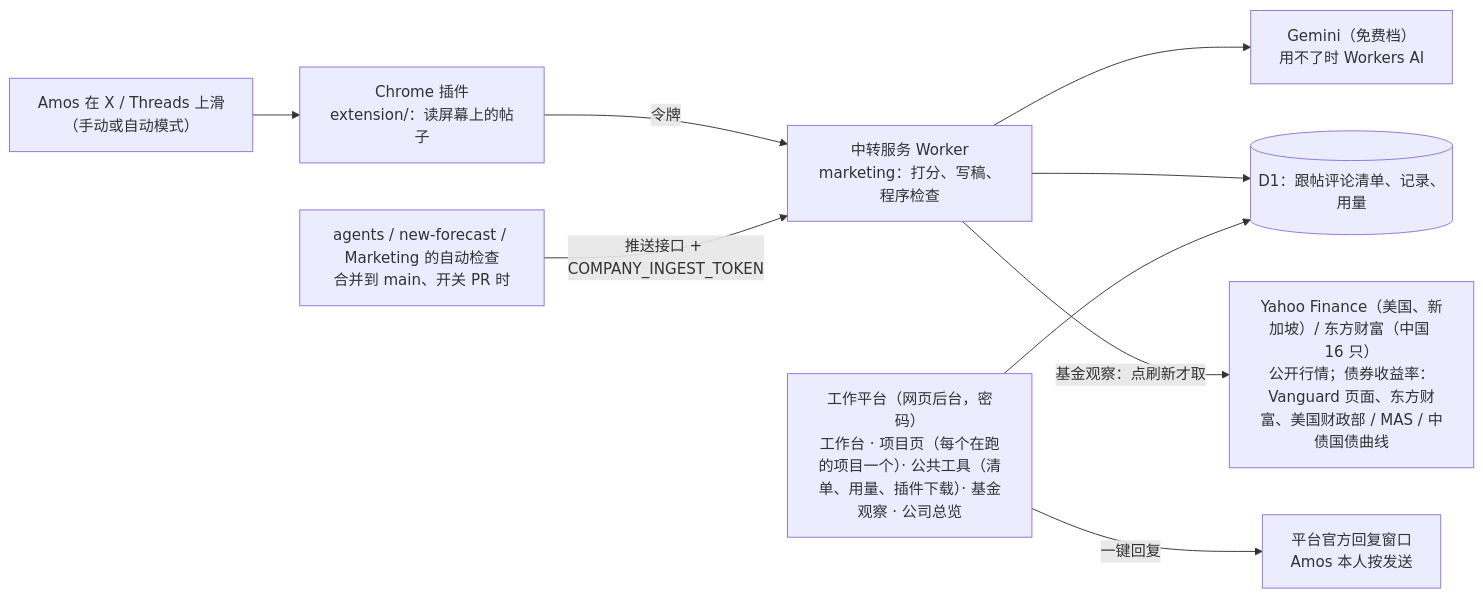
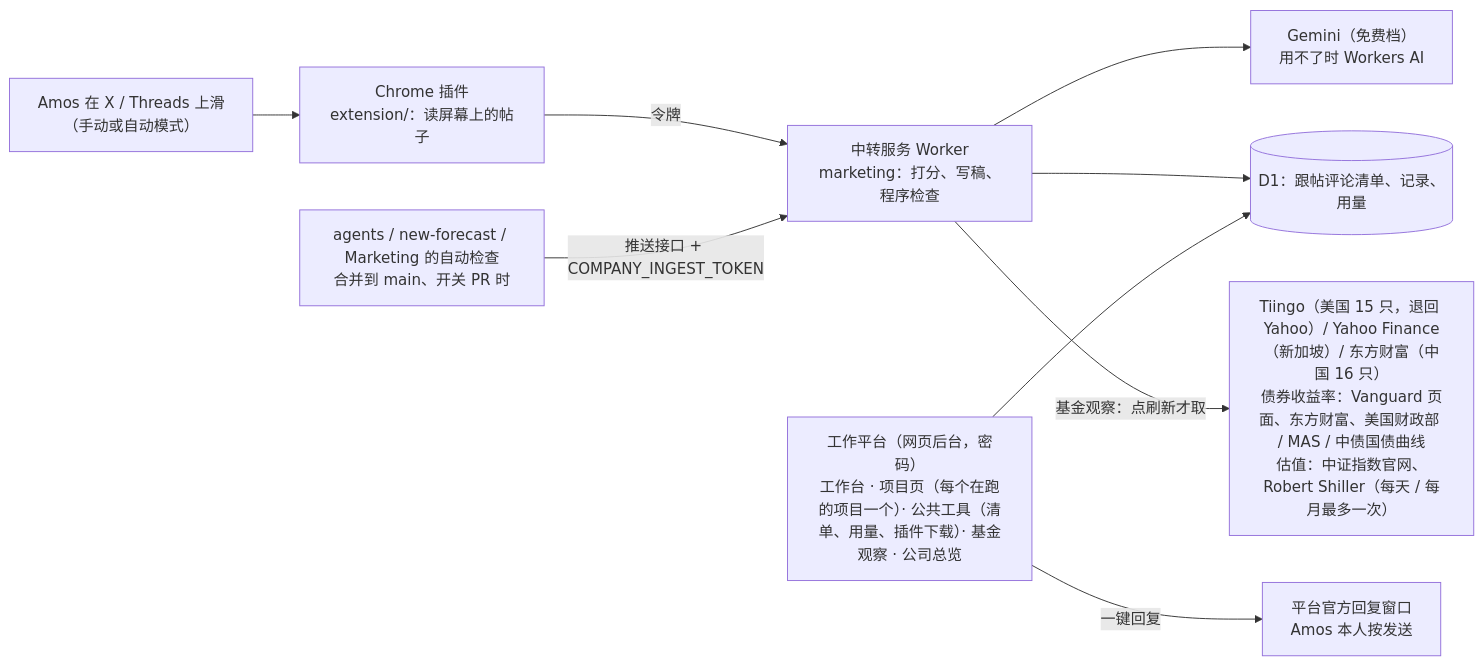
The diagram in 项目地图.md (dollar3651314/Marketing), drawn with Mermaid before and after one commit. The commit also changed other lines of this file and 14 other files, not shown here.

````diff
--- a/项目地图.md
+++ b/项目地图.md
@@ -27,11 +28,11 @@
 ```mermaid
 flowchart LR
     A["Amos 在 X / Threads 上滑<br/>（手动或自动模式）"] --> P["Chrome 插件<br/>extension/：读屏幕上的帖子"]
     P -->|"令牌"| R["中转服务 Worker<br/>marketing：打分、写稿、程序检查"]
     R --> G["Gemini（免费档）<br/>用不了时 Workers AI"]
     R --> D[("D1：跟帖评论清单、记录、用量")]
     B["工作平台（网页后台，密码）<br/>工作台 · 项目页（每个在跑的项目一个）· 公共工具（清单、用量、插件下载）· 基金观察 · 公司总览"] --> D
-    R -->|"基金观察：点刷新才取"| Y["Yahoo Finance（美国、新加坡）/ 东方财富（中国 16 只）<br/>公开行情；债券收益率：Vanguard 页面、东方财富、美国财政部 / MAS / 中债国债曲线"]
+    R -->|"基金观察：点刷新才取"| Y["Tiingo（美国 15 只，退回 Yahoo）/ Yahoo Finance（新加坡）/ 东方财富（中国 16 只）<br/>债券收益率：Vanguard 页面、东方财富、美国财政部 / MAS / 中债国债曲线<br/>估值：中证指数官网、Robert Shiller（每天 / 每月最多一次）"]
     B -->|"一键回复"| O["平台官方回复窗口<br/>Amos 本人按发送"]
     C["agents / new-forecast / Marketing 的自动检查<br/>合并到 main、开关 PR 时"] -->|"推送接口 + COMPANY_INGEST_TOKEN"| R
 ```
````
